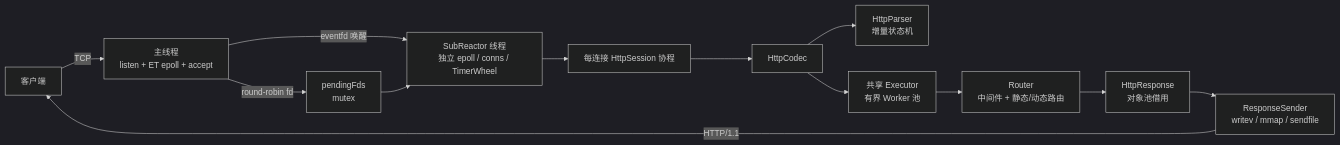
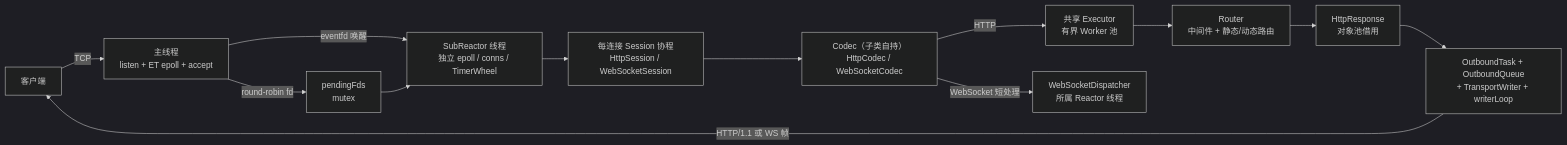
The first of 5 diagrams in docs/architecture/ARCHITECTURE.md (aurora-deng/web), drawn with Mermaid (dark theme) before and after one commit. The commit also changed other lines of this file and 145 other files, not shown here.

````diff
--- a/docs/architecture/ARCHITECTURE.md
+++ b/docs/architecture/ARCHITECTURE.md
@@ -21,15 +25,15 @@
 ```mermaid
 flowchart LR
     Client[客户端] -->|TCP| Acceptor["主线程<br/>listen + ET epoll + accept"]
     Acceptor -->|round-robin fd| Q1["pendingFds<br/>mutex"]
     Acceptor -->|eventfd 唤醒| SR["SubReactor 线程<br/>独立 epoll / conns / TimerWheel"]
     Q1 --> SR
-    SR --> Session["每连接 HttpSession 协程"]
-    Session --> Codec["HttpCodec"]
-    Codec --> Parser["HttpParser<br/>增量状态机"]
-    Codec --> Executor["共享 Executor<br/>有界 Worker 池"]
+    SR --> Session["每连接 Session 协程<br/>HttpSession / WebSocketSession"]
+    Session --> Codec["Codec（子类自持）<br/>HttpCodec / WebSocketCodec"]
+    Codec -->|HTTP| Executor["共享 Executor<br/>有界 Worker 池"]
     Executor --> Router["Router<br/>中间件 + 静态/动态路由"]
+    Codec -->|WebSocket 短处理| WSD["WebSocketDispatcher<br/>所属 Reactor 线程"]
     Router --> Response["HttpResponse<br/>对象池借用"]
-    Response --> Sender["ResponseSender<br/>writev / mmap / sendfile"]
-    Sender -->|HTTP/1.1| Client
+    Response --> Outbound["OutboundTask + OutboundQueue<br/>+ TransportWriter + writerLoop"]
+    Outbound -->|HTTP/1.1 或 WS 帧| Client
 ```
````
